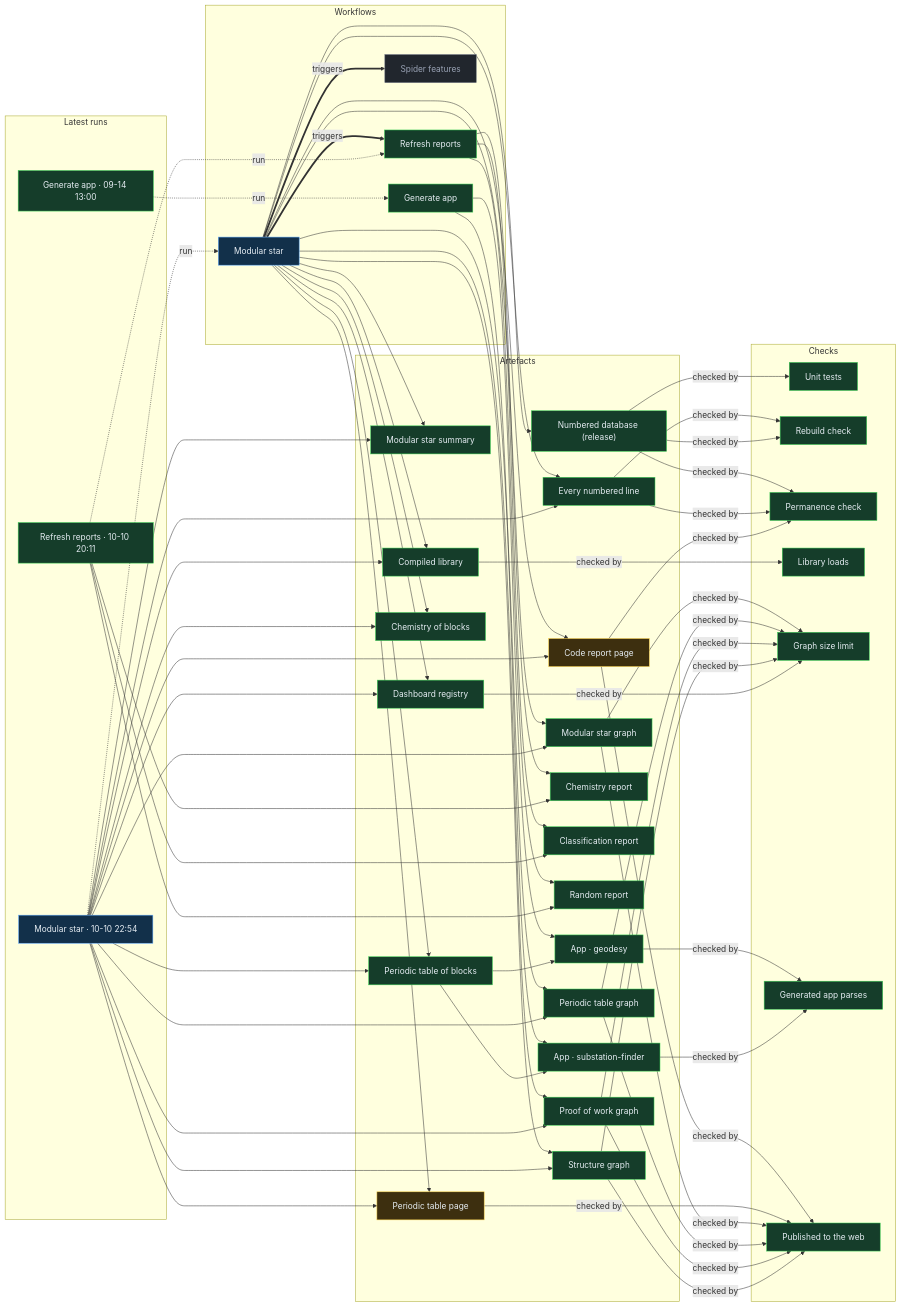
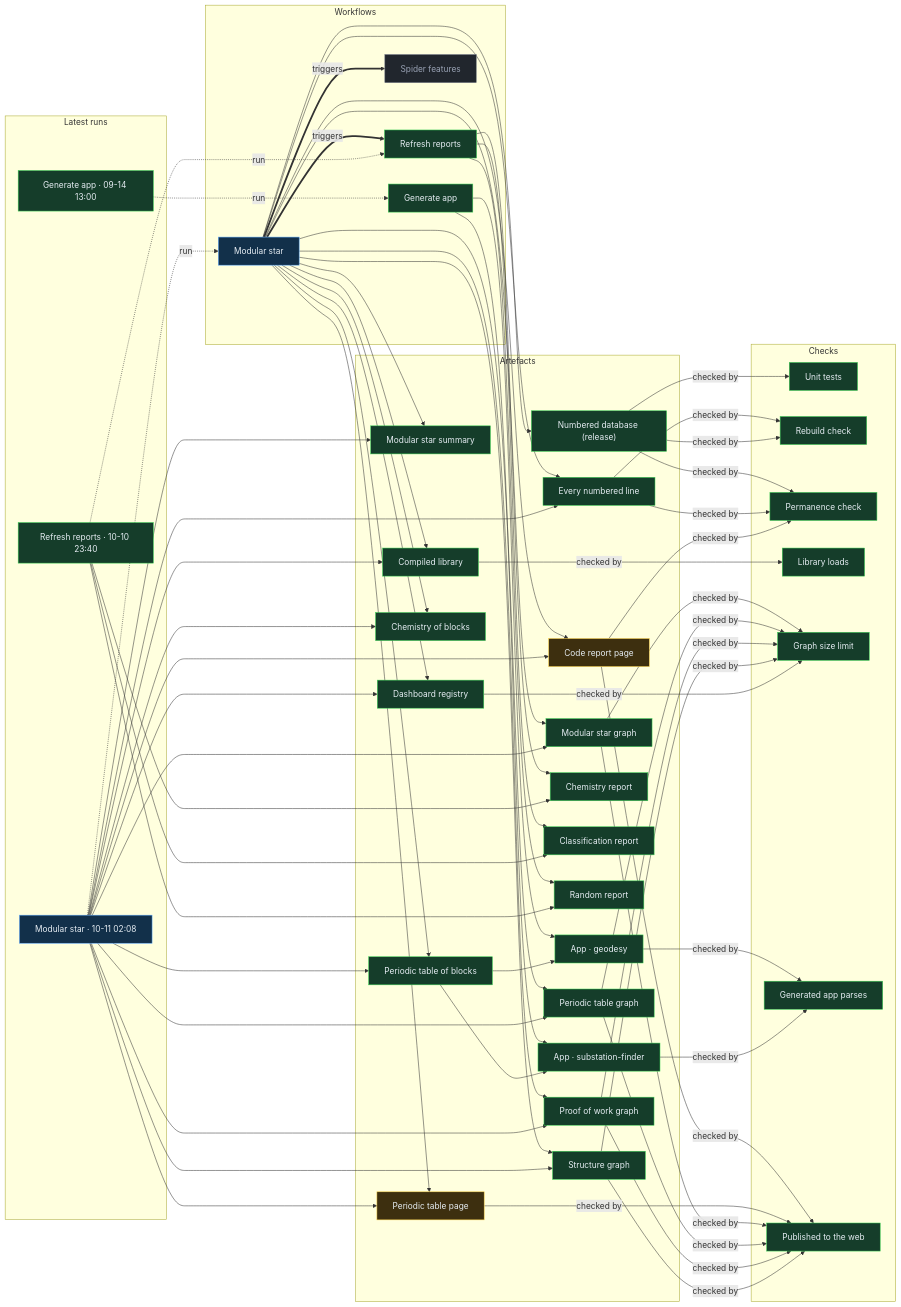
The diagram in proof/PROOF.md (Ventusltd/stars), drawn with Mermaid before and after one commit. The commit also changed other lines of this file and 33 other files, not shown here.

Commit message:
Modular star 2026-10-11T02:10Z

```diff
--- a/proof/PROOF.md
+++ b/proof/PROOF.md
@@ -24,8 +24,8 @@
   n_wf_spider_features["Spider features"]:::off
   end
   subgraph g_runs["Latest runs"]
-  n_run_38093112784["Modular star · 10-10 22:54"]:::live
-  n_run_38082743179["Refresh reports · 10-10 20:11"]:::ok
+  n_run_38104196104["Modular star · 10-11 02:08"]:::live
+  n_run_38095843724["Refresh reports · 10-10 23:40"]:::ok
   n_run_34846587798["Generate app · 09-14 13:00"]:::ok
   end
   subgraph g_artefacts["Artefacts"]
@@ -59,39 +59,39 @@
   end
   n_wf_modular_star == triggers ==> n_wf_refresh
   n_wf_modular_star == triggers ==> n_wf_spider_features
-  n_run_38093112784 -. run .-> n_wf_modular_star
-  n_run_38082743179 -. run .-> n_wf_refresh
+  n_run_38104196104 -. run .-> n_wf_modular_star
+  n_run_38095843724 -. run .-> n_wf_refresh
   n_run_34846587798 -. run .-> n_wf_generate
   n_wf_modular_star --> n_art_summary
-  n_run_38093112784 --> n_art_summary
+  n_run_38104196104 --> n_art_summary
   n_wf_modular_star --> n_art_lines
-  n_run_38093112784 --> n_art_lines
+  n_run_38104196104 --> n_art_lines
   n_wf_modular_star --> n_art_code
-  n_run_38093112784 --> n_art_code
+  n_run_38104196104 --> n_art_code
   n_wf_modular_star --> n_art_modular_graph
-  n_run_38093112784 --> n_art_modular_graph
+  n_run_38104196104 --> n_art_modular_graph
   n_wf_modular_star --> n_art_blocks
-  n_run_38093112784 --> n_art_blocks
+  n_run_38104196104 --> n_art_blocks
   n_wf_modular_star --> n_art_table
-  n_run_38093112784 --> n_art_table
+  n_run_38104196104 --> n_art_table
   n_wf_modular_star --> n_art_blocks_graph
-  n_run_38093112784 --> n_art_blocks_graph
+  n_run_38104196104 --> n_art_blocks_graph
   n_wf_modular_star --> n_art_reactions
-  n_run_38093112784 --> n_art_reactions
+  n_run_38104196104 --> n_art_reactions
   n_wf_modular_star --> n_art_library
-  n_run_38093112784 --> n_art_library
+  n_run_38104196104 --> n_art_library
   n_wf_modular_star --> n_art_features
-  n_run_38093112784 --> n_art_features
+  n_run_38104196104 --> n_art_features
   n_wf_modular_star --> n_art_proof
-  n_run_38093112784 --> n_art_proof
+  n_run_38104196104 --> n_art_proof
   n_wf_modular_star --> n_art_structure
-  n_run_38093112784 --> n_art_structure
+  n_run_38104196104 --> n_art_structure
   n_wf_refresh --> n_art_chemistry
-  n_run_38082743179 --> n_art_chemistry
+  n_run_38095843724 --> n_art_chemistry
   n_wf_refresh --> n_art_vedic
-  n_run_38082743179 --> n_art_vedic
+  n_run_38095843724 --> n_art_vedic
   n_wf_refresh --> n_art_random
-  n_run_38082743179 --> n_art_random
+  n_run_38095843724 --> n_art_random
   n_wf_modular_star --> n_art_release
   n_wf_generate --> n_app_geodesy
   n_art_blocks --> n_app_geodesy
```
